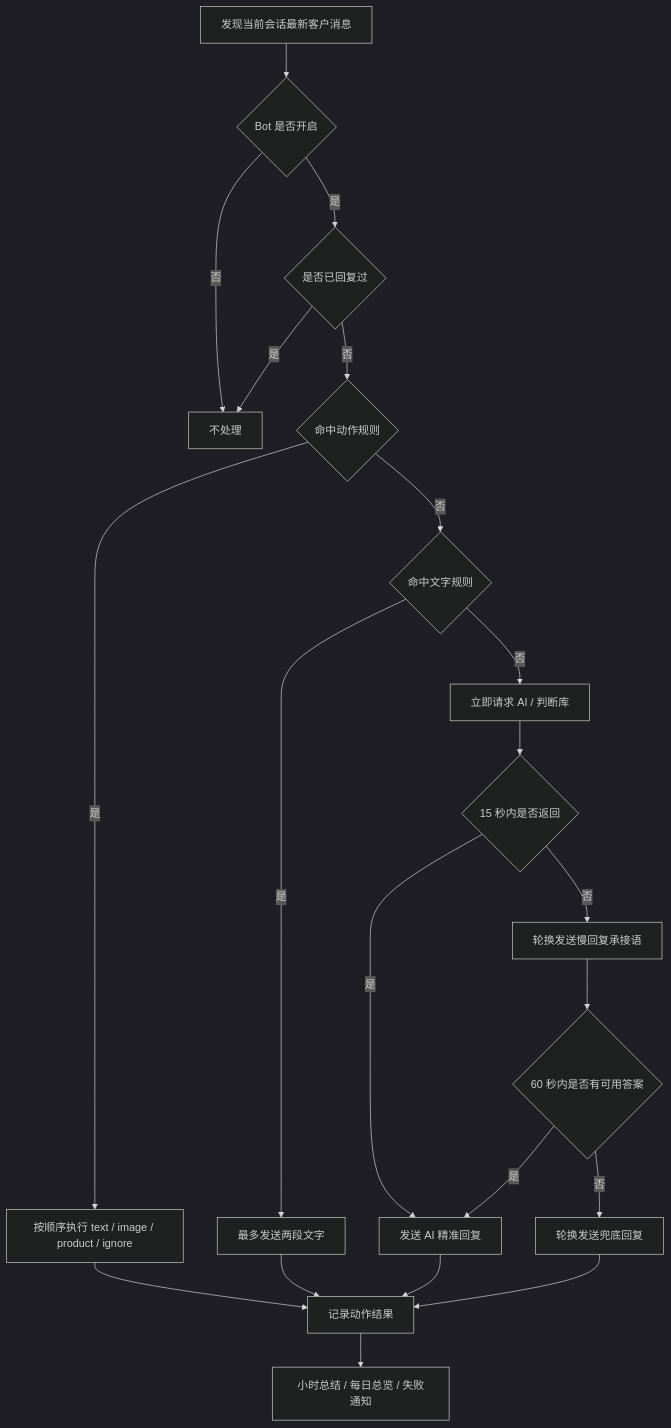
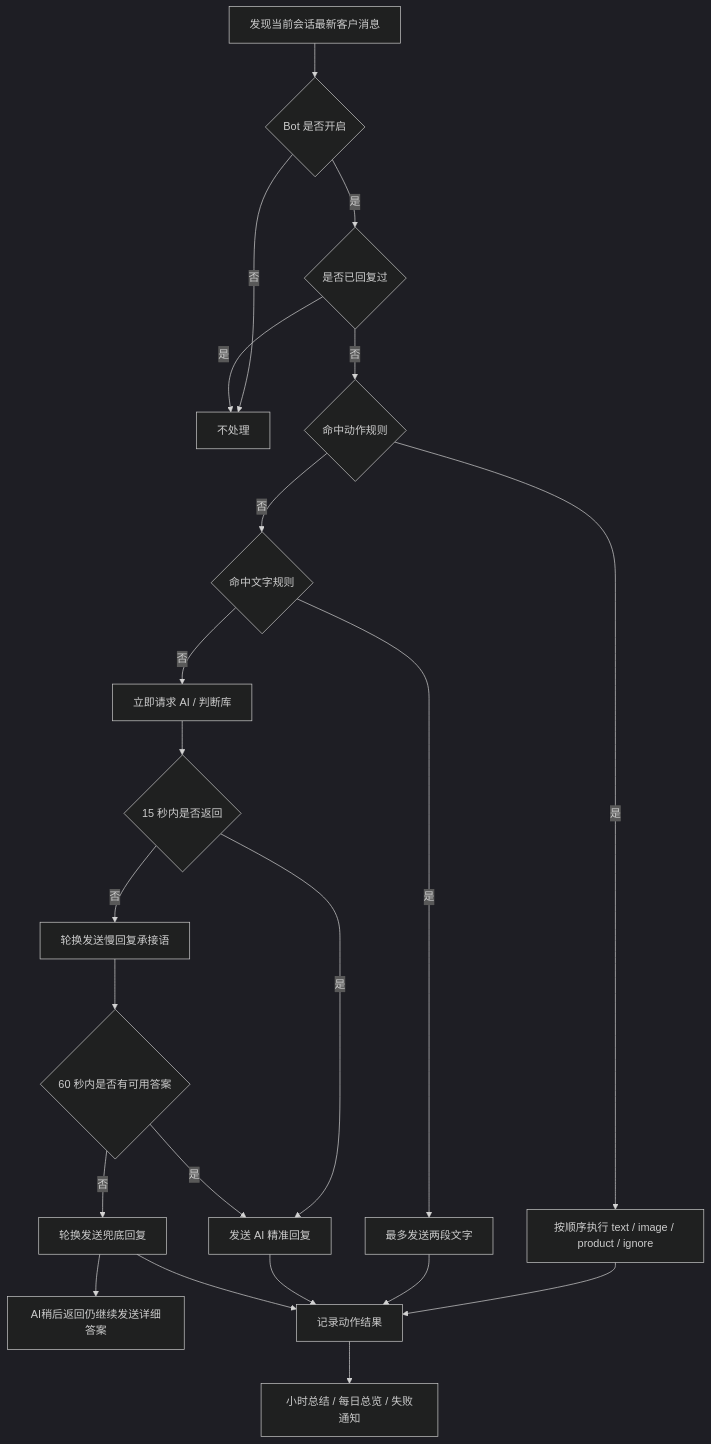
One commit to JahanHe/wechat-autoreply changed the second of 3 diagrams in docs/rich-user-guide.md. Above: the diagram before and after it, drawn with Mermaid (dark theme). The commit also changed other lines of this file and 17 other files, not shown here.

````diff
--- a/docs/rich-user-guide.md
+++ b/docs/rich-user-guide.md
@@ -68,23 +72,24 @@
 ```mermaid
 flowchart TD
   A["发现当前会话最新客户消息"] --> B{"Bot 是否开启"}
   B -- "否" --> Z["不处理"]
   B -- "是" --> C{"是否已回复过"}
   C -- "是" --> Z
   C -- "否" --> D{"命中动作规则"}
   D -- "是" --> E["按顺序执行 text / image / product / ignore"]
   D -- "否" --> F{"命中文字规则"}
   F -- "是" --> G["最多发送两段文字"]
   F -- "否" --> H["立即请求 AI / 判断库"]
   H --> I{"15 秒内是否返回"}
   I -- "否" --> L["轮换发送慢回复承接语"]
   I -- "是" --> M["发送 AI 精准回复"]
   L --> N{"60 秒内是否有可用答案"}
   N -- "是" --> M
   N -- "否" --> O["轮换发送兜底回复"]
+  O --> P["AI稍后返回仍继续发送详细答案"]
   E --> J["记录动作结果"]
   G --> J
   M --> J
   O --> J
   J --> K["小时总结 / 每日总览 / 失败通知"]
 ```
````
